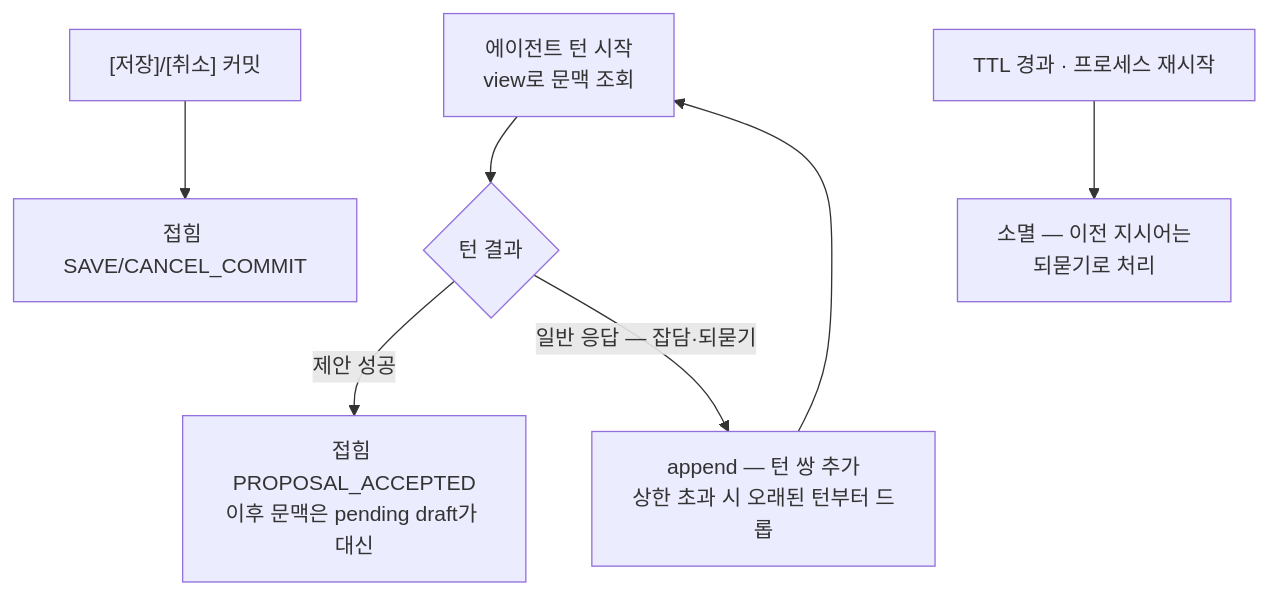
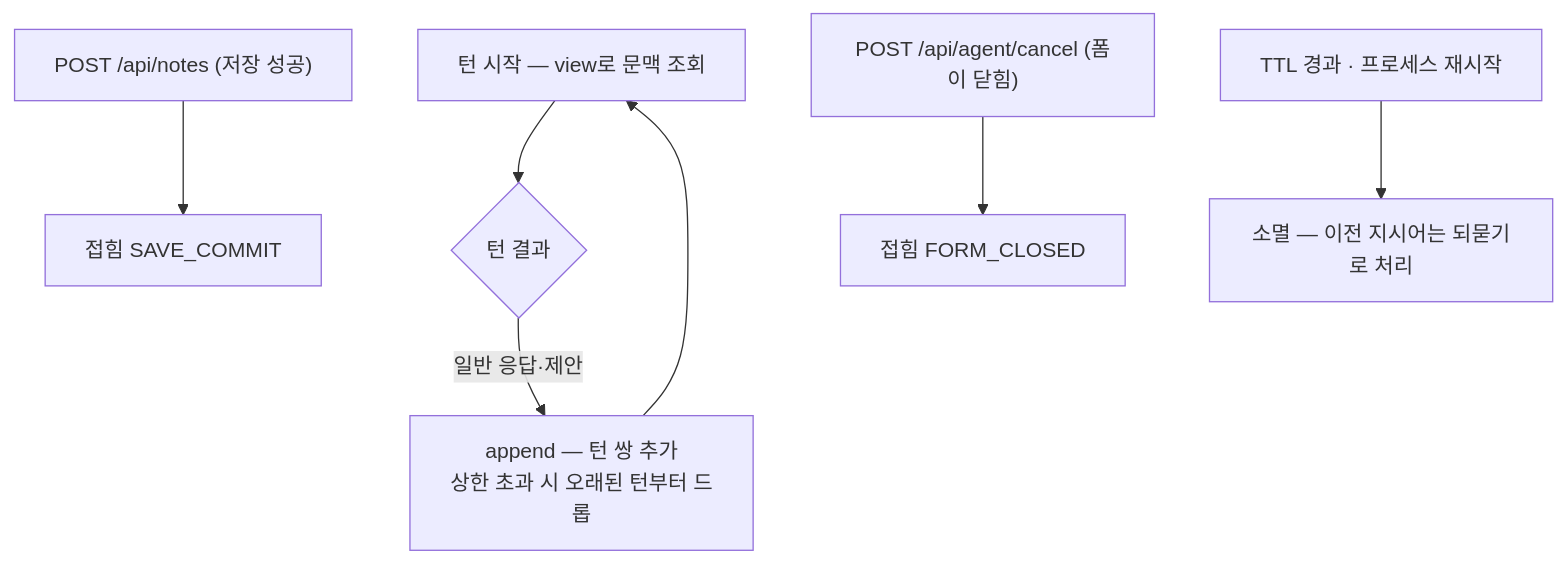
One commit to devwuu/mocha changed the eighth of 9 diagrams in docs/architecture-classes-and-flows.md. Above: the diagram before and after it, drawn with Mermaid. The commit also changed other lines of this file and 1 other file, not shown here.

````diff
--- a/docs/architecture-classes-and-flows.md
+++ b/docs/architecture-classes-and-flows.md
@@ -522,9 +559,9 @@
 ```mermaid
 flowchart TB
-    A[에이전트 턴 시작<br/>view로 문맥 조회] --> B{턴 결과}
-    B -->|제안 성공| C[접힘 PROPOSAL_ACCEPTED<br/>이후 문맥은 pending draft가 대신]
-    B -->|일반 응답 — 잡담·되묻기| D[append — 턴 쌍 추가<br/>상한 초과 시 오래된 턴부터 드롭]
-    E["[저장]/[취소] 커밋"] --> F[접힘 SAVE/CANCEL_COMMIT]
-    G[TTL 경과 · 프로세스 재시작] --> H[소멸 — 이전 지시어는<br/>되묻기로 처리]
-    D --> A
+    A[턴 시작 — view로 문맥 조회] --> B{턴 결과}
+    B -->|일반 응답·제안| C[append — 턴 쌍 추가<br/>상한 초과 시 오래된 턴부터 드롭]
+    C --> A
+    D["POST /api/notes (저장 성공)"] --> E[접힘 SAVE_COMMIT]
+    F["POST /api/agent/cancel (폼이 닫힘)"] --> G[접힘 FORM_CLOSED]
+    H[TTL 경과 · 프로세스 재시작] --> I[소멸 — 이전 지시어는 되묻기로 처리]
 ```
````
